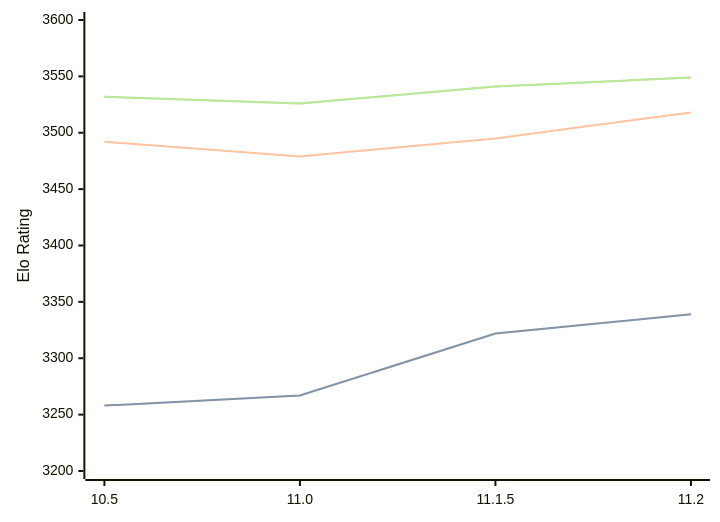
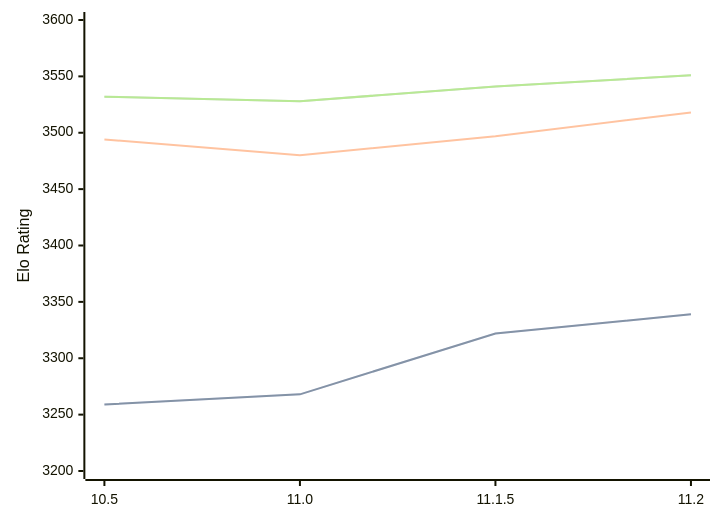
One commit to computer-chess-index/cci changed the diagram in engines/Lizard.md. Above: the diagram before and after it, drawn with Mermaid. The commit also changed other lines of this file, not shown here.

Commit message:
Update CCI Ratings (ELO VLTC) - 2026-04-24

````diff
--- a/engines/Lizard.md
+++ b/engines/Lizard.md
@@ -46,11 +46,11 @@
 ```mermaid
 %%{init: {"theme":"base","themeVariables":{"seriesColors:['#a3a3a3','#222221','#faa371']}}}%%
 xychart-beta
   x-axis ["10.5", "11.0", "11.1.5", "11.2"]
   y-axis "Elo Rating" 3200 --> 3600
-  line "STC (8.0+0.08s)" [3258, 3267, 3322, 3339]
-  line "STC (8.0+0.08s)" [3258, 3267, 3322, 3339]
-  line "LTC (60.0+0.60s)" [3492, 3479, 3495, 3518]
-  line "VLTC (2m24s+1.12s)" [3532, 3526, 3541, 3549]
-  line "VLTC (2m24s+1.12s)" [3532, 3526, 3541, 3549]
+  line "STC (8.0+0.08s)" [3259, 3268, 3322, 3339]
+  line "STC (8.0+0.08s)" [3259, 3268, 3322, 3339]
+  line "LTC (60.0+0.60s)" [3494, 3480, 3497, 3518]
+  line "VLTC (2m24s+1.12s)" [3532, 3528, 3541, 3551]
+  line "VLTC (2m24s+1.12s)" [3532, 3528, 3541, 3551]
 ```
````
